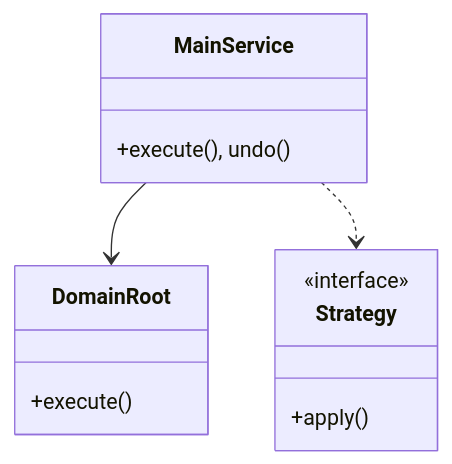
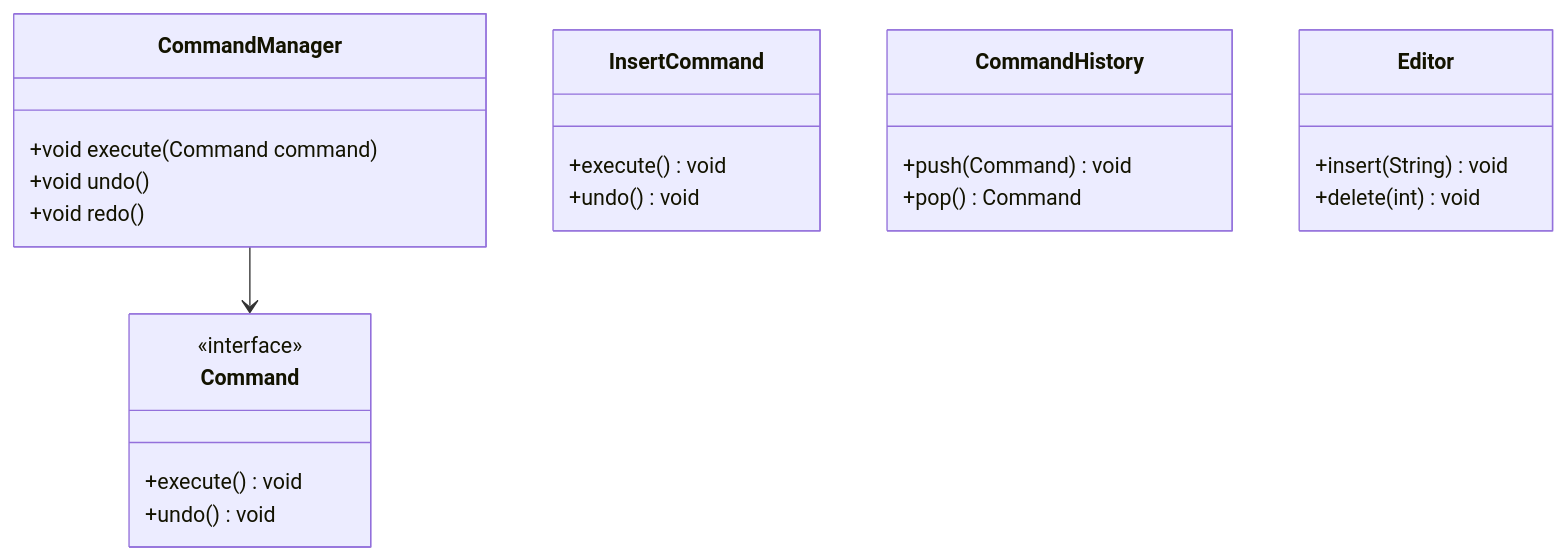
Before and after one commit to madhupaila/Interview-Prep-SSE: the first of 3 diagrams in Learn/System Design - Low Level Design/03-design-patterns/questions/Q14-command-undo-redo.md, drawn with Mermaid. The commit also changed other lines of this file and 491 other files, not shown here.

````diff
--- a/Learn/System Design - Low Level Design/03-design-patterns/questions/Q14-command-undo-redo.md
+++ b/Learn/System Design - Low Level Design/03-design-patterns/questions/Q14-command-undo-redo.md
@@ -74,15 +91,26 @@
 ```mermaid
 classDiagram
-    class MainService {
-        +execute(), undo()
+    class CommandManager {
+        +void execute(Command command)
+        +void undo()
+        +void redo()
     }
-    class DomainRoot {
-        +execute()
+    class Command {
+        <<interface>>
+        +execute() void
+        +undo() void
     }
-    class Strategy {
-        <<interface>>
-        +apply()
+    class InsertCommand {
+        +execute() void
+        +undo() void
     }
-    MainService --> DomainRoot
-    MainService ..> Strategy
+    class CommandHistory {
+        +push(Command) void
+        +pop() Command
+    }
+    class Editor {
+        +insert(String) void
+        +delete(int) void
+    }
+    CommandManager --> Command
 ```
````
